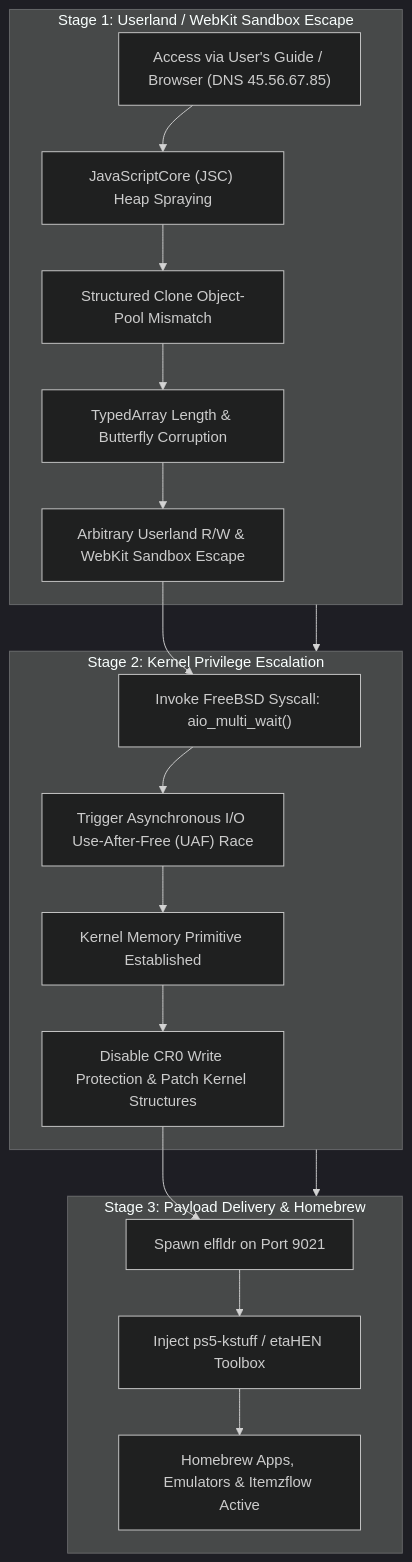
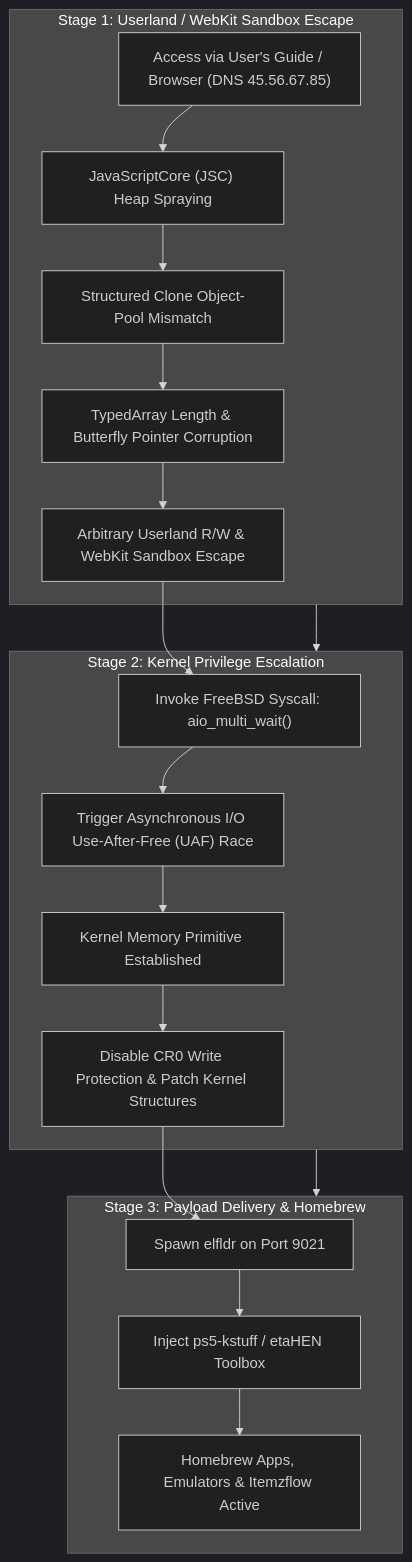
One commit to alonsojr1980/ps5-jailbreak-compendium changed the second of 4 diagrams in README.MD. Above: the diagram before and after it, drawn with Mermaid (dark theme). The commit also changed other lines of this file, not shown here.

Commit message:
docs: Expand README with exhaustive payload architecture, injection methods, and ports guide

````diff
--- a/README.MD
+++ b/README.MD
@@ -67,24 +83,24 @@
 ```mermaid
 flowchart TD
     subgraph Stage1["Stage 1: Userland / WebKit Sandbox Escape"]
         A["Access via User's Guide / Browser (DNS 45.56.67.85)"] --> B["JavaScriptCore (JSC) Heap Spraying"]
         B --> C["Structured Clone Object-Pool Mismatch"]
-        C --> D["TypedArray Length & Butterfly Corruption"]
+        C --> D["TypedArray Length & Butterfly Pointer Corruption"]
         D --> E["Arbitrary Userland R/W & WebKit Sandbox Escape"]
     end
 
     subgraph Stage2["Stage 2: Kernel Privilege Escalation"]
         E --> F["Invoke FreeBSD Syscall: aio_multi_wait()"]
         F --> G["Trigger Asynchronous I/O Use-After-Free (UAF) Race"]
         G --> H["Kernel Memory Primitive Established"]
         H --> I["Disable CR0 Write Protection & Patch Kernel Structures"]
     end
 
     subgraph Stage3["Stage 3: Payload Delivery & Homebrew"]
         I --> J["Spawn elfldr on Port 9021"]
         J --> K["Inject ps5-kstuff / etaHEN Toolbox"]
         K --> L["Homebrew Apps, Emulators & Itemzflow Active"]
     end
 
     Stage1 --> Stage2 --> Stage3
 ```
````
